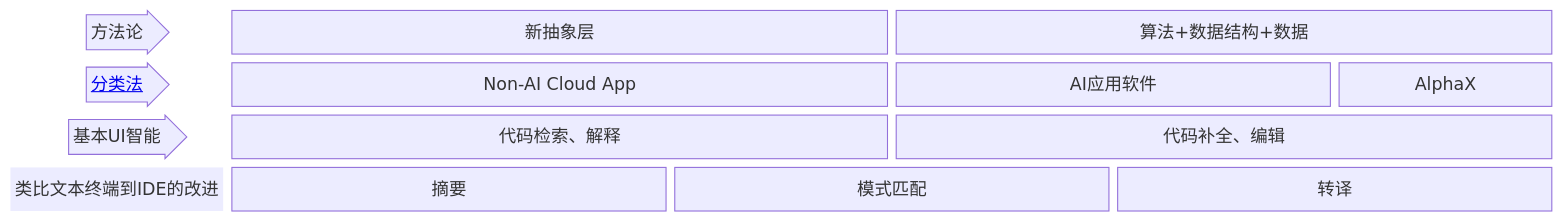
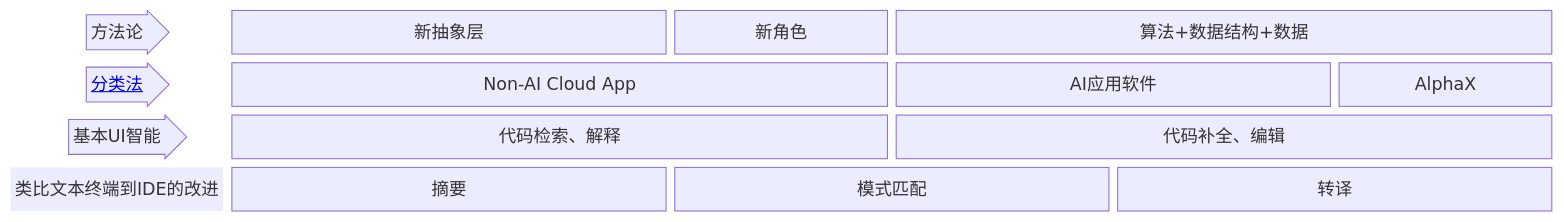
One commit to AI-LLM/ai4se_white_paper changed the diagram in README.md. Above: the diagram before and after it, drawn with Mermaid.

````diff
--- a/README.md
+++ b/README.md
@@ -4,20 +4,21 @@
 ```mermaid
 block-beta
   columns 7
 
     A<["方法论"]>(right):1
-    B["新抽象层"]:3
+    B1["新抽象层"]:2
+    B2["新角色"]:1
     C["算法+数据结构+数据"]:3
     D<["<a href='https://ai-llm.github.io/ai4se_white_paper/taxonomy/index.html'>分类法</a>"]>(right)
     E["Non-AI Cloud App"]:3
     F1["AI应用软件"]:2
     F2["AlphaX"]:1
     G<["基本UI智能"]>(right):1
     H["代码检索、解释"]:3
     I["代码补全、编辑"]:3
     comment1["类比文本终端到IDE的改进"]
     style comment1 fill:rgb(0,0,0,0),stroke:rgb(0,0,0,0),stroke-width:0
     K["摘要"]:2
     J["模式匹配"]:2
     L["转译"]:2
 ```
````
